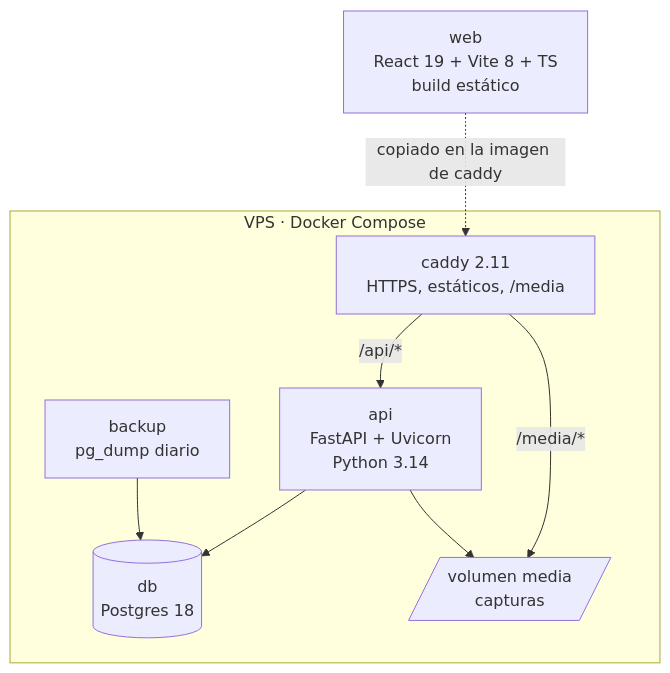
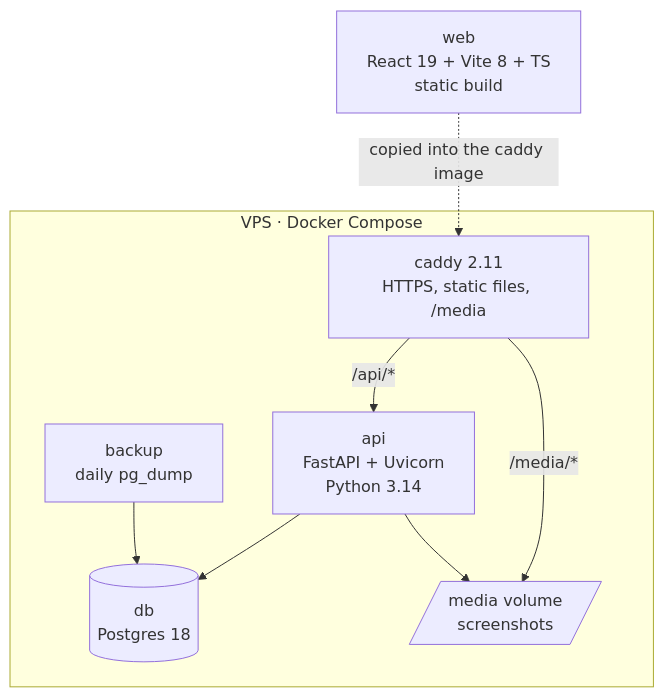
One commit to GearXnico/Portafolio-Page changed the second of 3 diagrams in docs/architecture.md. Above: the diagram before and after it, drawn with Mermaid. The commit also changed other lines of this file, not shown here.

First line of the commit message:
docs: translate the architecture document to English

````diff
--- a/docs/architecture.md
+++ b/docs/architecture.md
@@ -43,16 +43,16 @@
 ```mermaid
 flowchart TB
     subgraph VPS["VPS · Docker Compose"]
-        C[caddy 2.11<br/>HTTPS, estáticos, /media]
+        C[caddy 2.11<br/>HTTPS, static files, /media]
         A[api<br/>FastAPI + Uvicorn<br/>Python 3.14]
         D[(db<br/>Postgres 18)]
-        M[/volumen media<br/>capturas/]
-        B[backup<br/>pg_dump diario]
+        M[/media volume<br/>screenshots/]
+        B[backup<br/>daily pg_dump]
     end
-    W[web<br/>React 19 + Vite 8 + TS<br/>build estático] -. copiado en la imagen de caddy .-> C
+    W[web<br/>React 19 + Vite 8 + TS<br/>static build] -. copied into the caddy image .-> C
     C -->|/api/*| A
     C -->|/media/*| M
     A --> D
     A --> M
     B --> D
 ```
````
